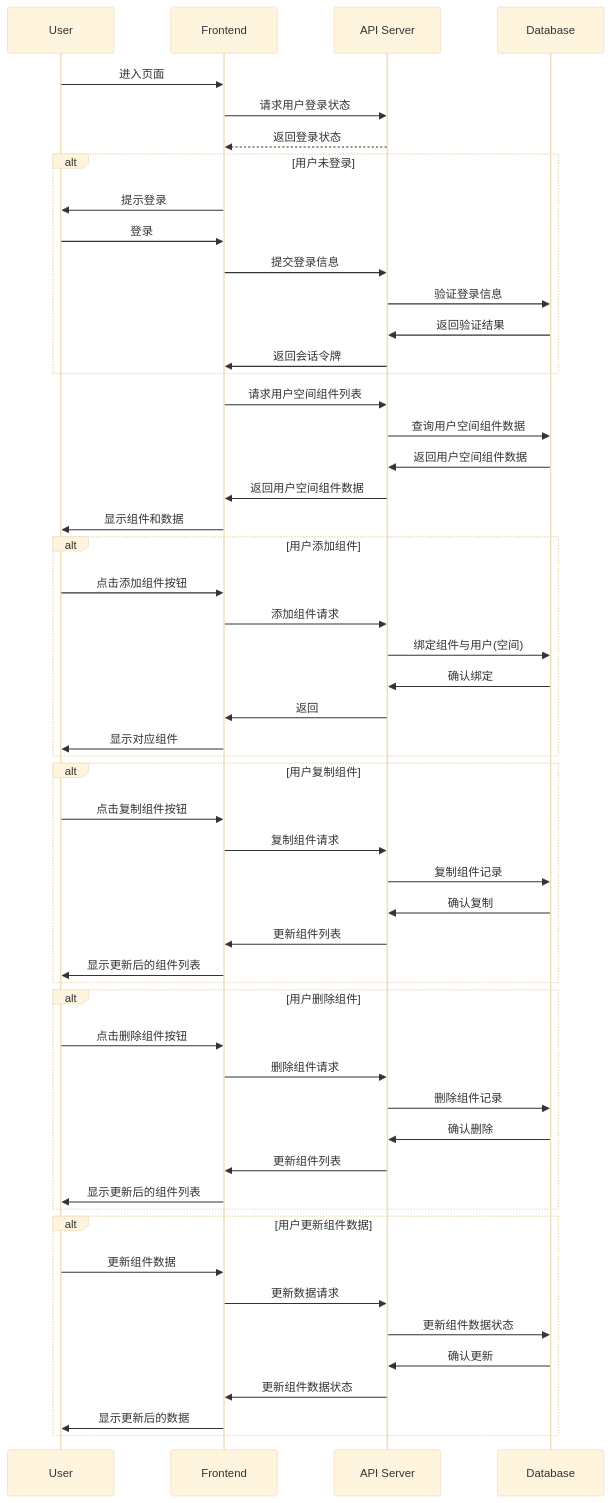
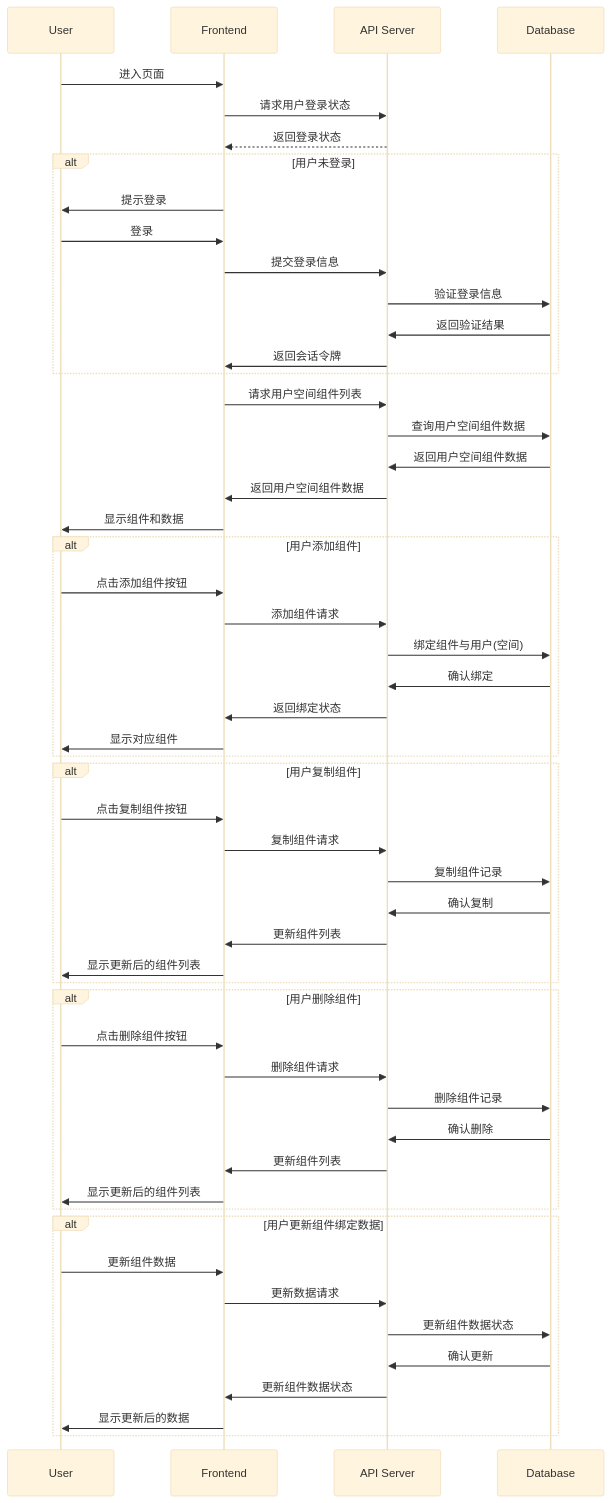
The diagram in all/未命名-7.md (yingjianzh/iodraw-files), drawn with Mermaid (base theme) before and after one commit.

Commit message:
2024-10-09 10:28:16 update

````diff
--- a/all/未命名-7.md
+++ b/all/未命名-7.md
@@ -1,62 +1,62 @@
 ```mermaid
 sequenceDiagram
     participant User
     participant Frontend
     participant API Server
     participant Database
 
     User->>Frontend: 进入页面
     Frontend->>API Server: 请求用户登录状态
     API Server-->>Frontend: 返回登录状态
     alt 用户未登录
         Frontend->>User: 提示登录
         User->>Frontend: 登录
         Frontend->>API Server: 提交登录信息
         API Server->>Database: 验证登录信息
         Database->>API Server: 返回验证结果
         API Server->>Frontend: 返回会话令牌
     end
 
     Frontend->>API Server: 请求用户空间组件列表
     API Server->>Database: 查询用户空间组件数据
     Database->>API Server: 返回用户空间组件数据
     API Server->>Frontend: 返回用户空间组件数据
     Frontend->>User: 显示组件和数据
 
     alt 用户添加组件
         User->>Frontend: 点击添加组件按钮
         Frontend->>API Server: 添加组件请求
         API Server->>Database: 绑定组件与用户(空间)
         Database->>API Server: 确认绑定
-        API Server->>Frontend: 返回
+        API Server->>Frontend: 返回绑定状态
         Frontend->>User: 显示对应组件
     end
 
     alt 用户复制组件
         User->>Frontend: 点击复制组件按钮
         Frontend->>API Server: 复制组件请求
         API Server->>Database: 复制组件记录
         Database->>API Server: 确认复制
         API Server->>Frontend: 更新组件列表
         Frontend->>User: 显示更新后的组件列表
     end
 
     alt 用户删除组件
         User->>Frontend: 点击删除组件按钮
         Frontend->>API Server: 删除组件请求
         API Server->>Database: 删除组件记录
         Database->>API Server: 确认删除
         API Server->>Frontend: 更新组件列表
         Frontend->>User: 显示更新后的组件列表
     end
 
-    alt 用户更新组件数据
+    alt 用户更新组件绑定数据
         User->>Frontend: 更新组件数据
         Frontend->>API Server: 更新数据请求
         API Server->>Database: 更新组件数据状态
         Database->>API Server: 确认更新
         API Server->>Frontend: 更新组件数据状态
         Frontend->>User: 显示更新后的数据
     end
 
 ```
````
